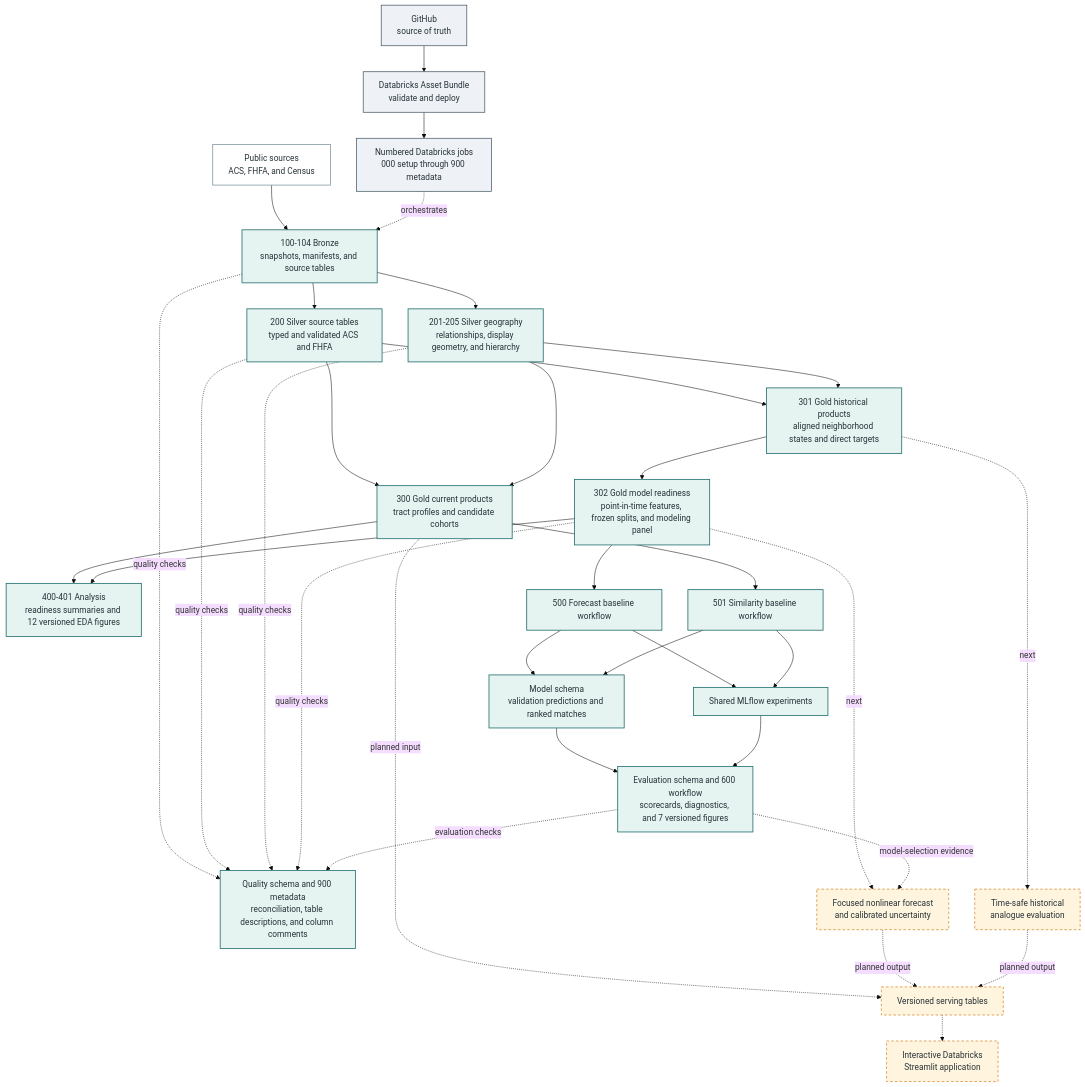
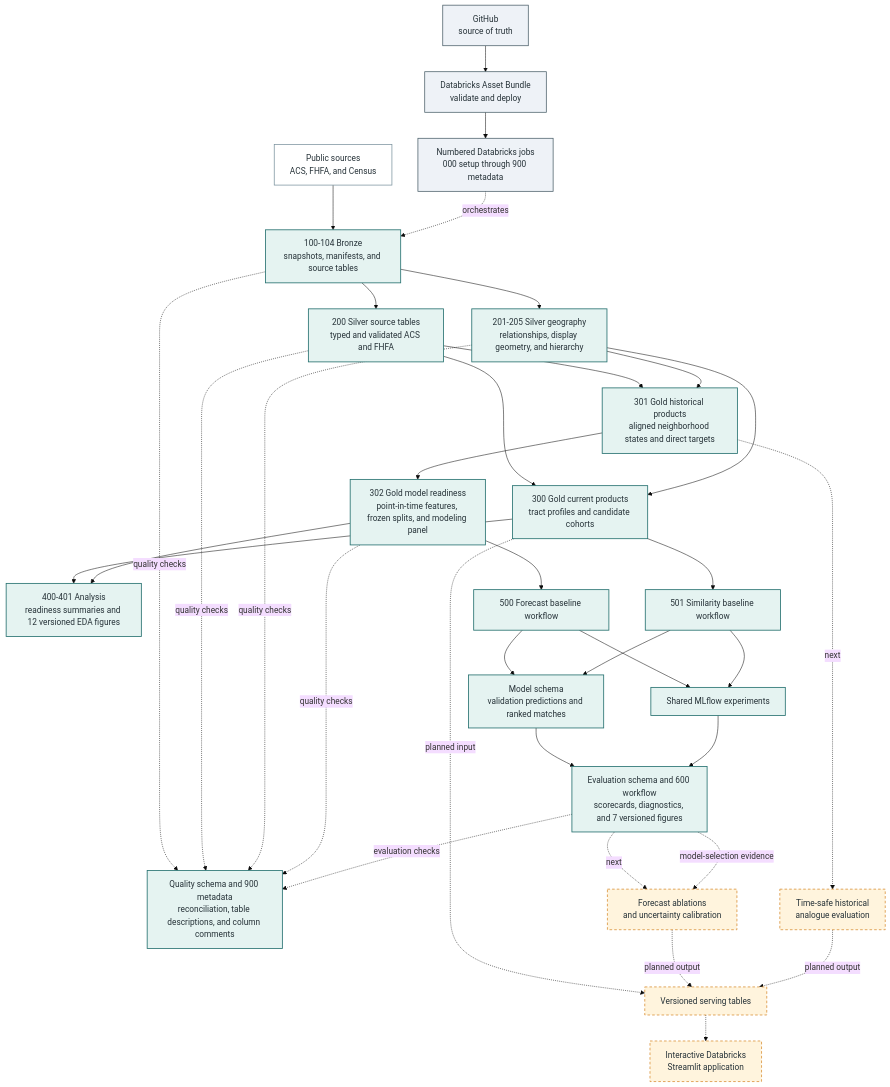
Before and after one commit to n-tamm/neighborhood-digital-twin: the diagram in README.md, drawn with Mermaid (base theme). The commit also changed other lines of this file and 32 other files, not shown here.

````diff
--- a/README.md
+++ b/README.md
@@ -41,52 +41,52 @@
 ```mermaid
 flowchart TB
     GIT["GitHub<br/>source of truth"] --> DAB["Databricks Asset Bundle<br/>validate and deploy"]
     DAB --> JOBS["Numbered Databricks jobs<br/>000 setup through 900 metadata"]
 
     SRC["Public sources<br/>ACS, FHFA, and Census"] --> B["100-104 Bronze<br/>snapshots, manifests, and source tables"]
     JOBS -.->|orchestrates| B
 
     B --> SS["200 Silver source tables<br/>typed and validated ACS and FHFA"]
     B --> SG["201-205 Silver geography<br/>relationships, display geometry, and hierarchy"]
 
     SS --> GC["300 Gold current products<br/>tract profiles and candidate cohorts"]
     SG --> GC
     SS --> GH["301 Gold historical products<br/>aligned neighborhood states and direct targets"]
     SG --> GH
     GH --> GR["302 Gold model readiness<br/>point-in-time features, frozen splits, and modeling panel"]
 
     GC --> EDA["400-401 Analysis<br/>readiness summaries and 12 versioned EDA figures"]
     GR --> EDA
 
     GR --> FM["500 Forecast baseline workflow"]
     GC --> SM["501 Similarity baseline workflow"]
     FM --> MO["Model schema<br/>validation predictions and ranked matches"]
     SM --> MO
     FM --> MLF["Shared MLflow experiments"]
     SM --> MLF
     MO --> EV["Evaluation schema and 600 workflow<br/>scorecards, diagnostics, and 7 versioned figures"]
     MLF --> EV
 
     B -.->|quality checks| QM["Quality schema and 900 metadata<br/>reconciliation, table descriptions, and column comments"]
     SS -.->|quality checks| QM
     SG -.->|quality checks| QM
     GR -.->|quality checks| QM
     EV -.->|evaluation checks| QM
 
-    GR -.->|next| NF["Focused nonlinear forecast<br/>and calibrated uncertainty"]
+    EV -.->|next| NF["Forecast ablations<br/>and uncertainty calibration"]
     GH -.->|next| NA["Time-safe historical<br/>analogue evaluation"]
     EV -.->|model-selection evidence| NF
     GC -.->|planned input| SV["Versioned serving tables"]
     NF -.->|planned output| SV
     NA -.->|planned output| SV
     SV -.-> APP["Interactive Databricks<br/>Streamlit application"]
 
     classDef control fill:#EEF2F7,stroke:#455A64,color:#263238,stroke-width:1.4px;
     classDef source fill:#FFFFFF,stroke:#78909C,color:#263238,stroke-width:1.4px;
     classDef implemented fill:#E5F3F1,stroke:#287271,color:#263238,stroke-width:1.6px;
     classDef planned fill:#FFF4DD,stroke:#D99035,color:#263238,stroke-width:1.5px,stroke-dasharray:5 4;
     class GIT,DAB,JOBS control;
     class SRC source;
     class B,SS,SG,GC,GH,GR,EDA,FM,SM,MO,MLF,EV,QM implemented;
     class NF,NA,SV,APP planned;
 ```
````
